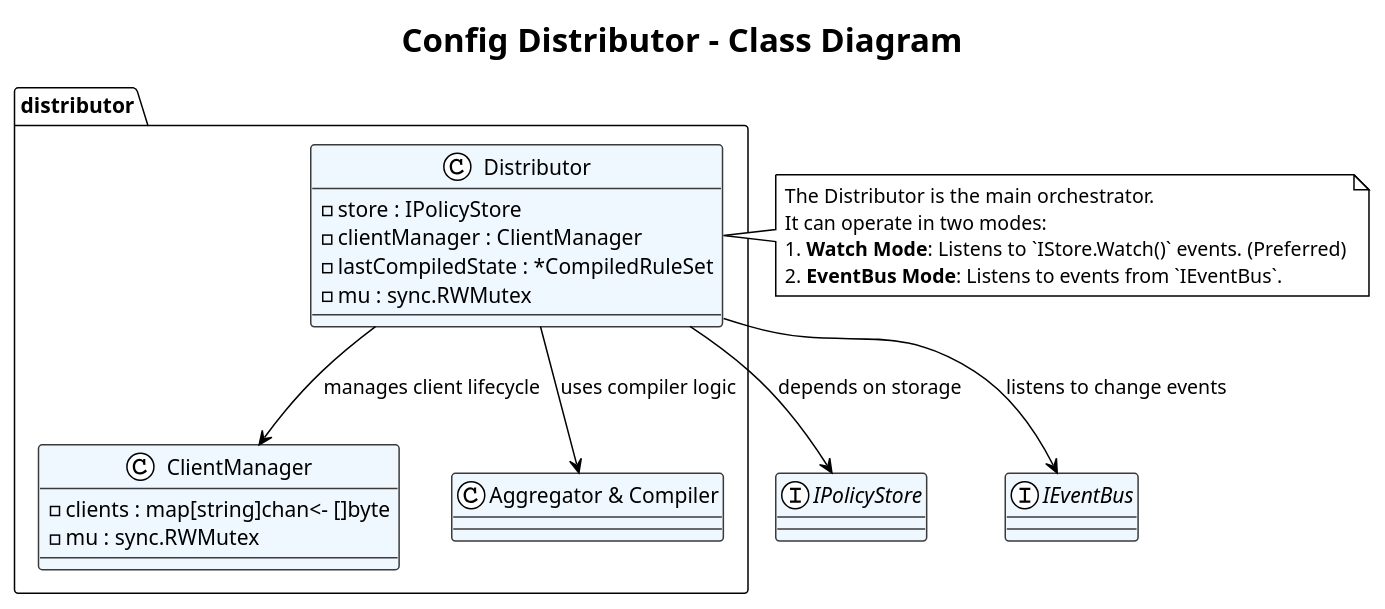
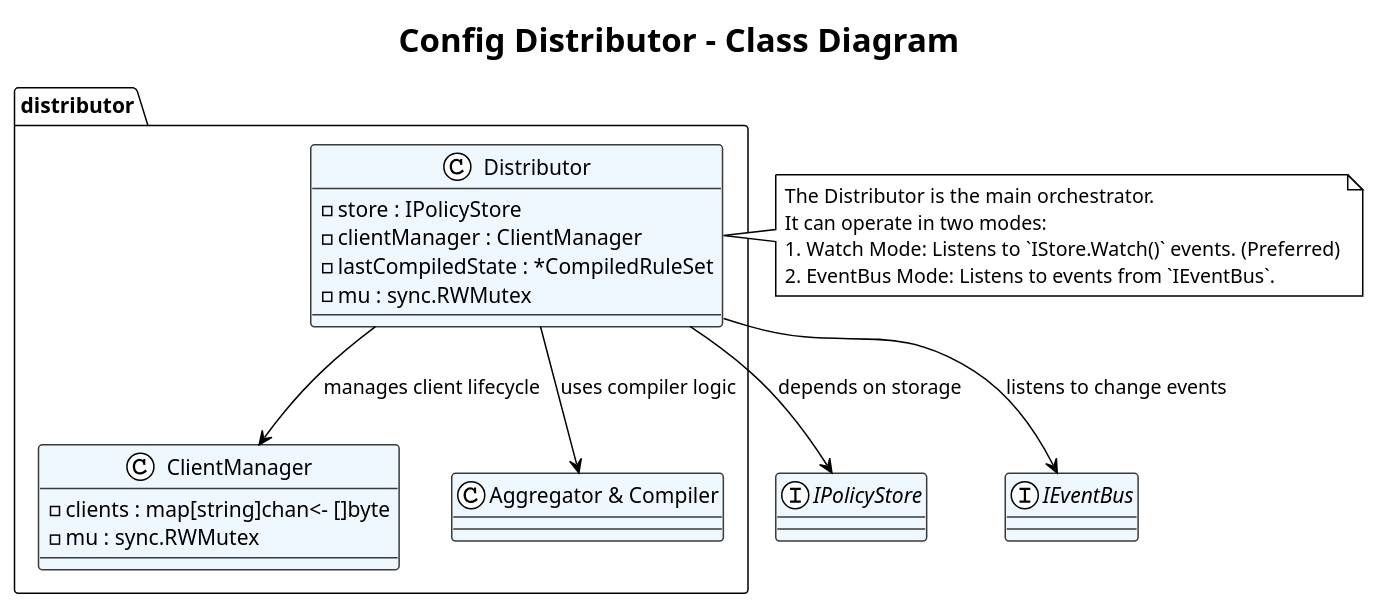
The eighth of 9 diagrams in executor/docs/design_doc/Design_1_Control_Plane.md (kalahetun/Minesweeper), drawn with PlantUML before and after one commit. The commit also changed other lines of this file and 27 other files, not shown here.

````diff
--- a/executor/docs/design_doc/Design_1_Control_Plane.md
+++ b/executor/docs/design_doc/Design_1_Control_Plane.md
@@ -606,47 +606,47 @@
 ```plantuml
 @startuml
 !theme plain
 skinparam class {
     BorderColor #3A3A3A
     BackgroundColor #AliceBlue
 }
 skinparam interface {
     BorderColor #3A3A3A
     BackgroundColor #LightYellow
 }
 
 title Config Distributor - Class Diagram
 
 package "distributor" {
     class "Distributor" as Dist {
         - store : IPolicyStore
         - clientManager : ClientManager
         - lastCompiledState : *CompiledRuleSet
         - mu : sync.RWMutex
     }
 
     class "ClientManager" as CM {
         - clients : map[string]chan<- []byte
         - mu : sync.RWMutex
     }
 
     class "Aggregator & Compiler" as AggComp
 }
 
 interface "IPolicyStore" as IStore
 interface "IEventBus" as IBus
 
 Dist --> IStore : depends on storage
 Dist --> IBus : listens to change events
 Dist --> CM : manages client lifecycle
 Dist --> AggComp : uses compiler logic
 
 note right of Dist
   The Distributor is the main orchestrator.
   It can operate in two modes:
-  1. **Watch Mode**: Listens to `IStore.Watch()` events. (Preferred)
-  2. **EventBus Mode**: Listens to events from `IEventBus`.
+  1. Watch Mode: Listens to `IStore.Watch()` events. (Preferred)
+  2. EventBus Mode: Listens to events from `IEventBus`.
 end note
 @enduml
 
 ```
````
